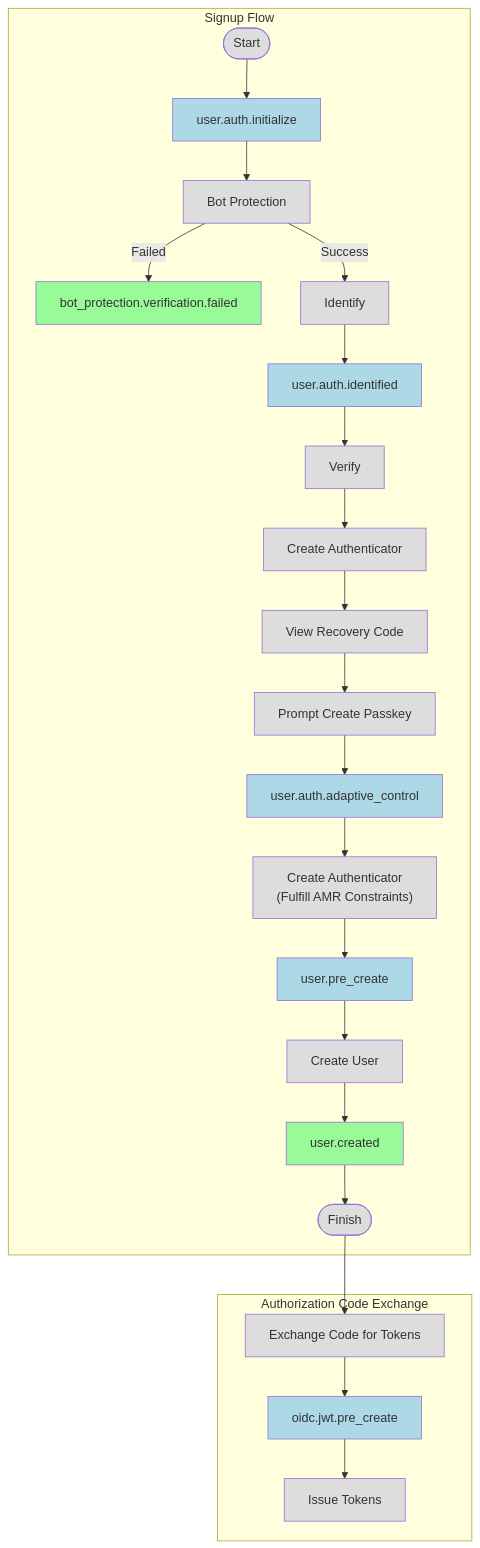
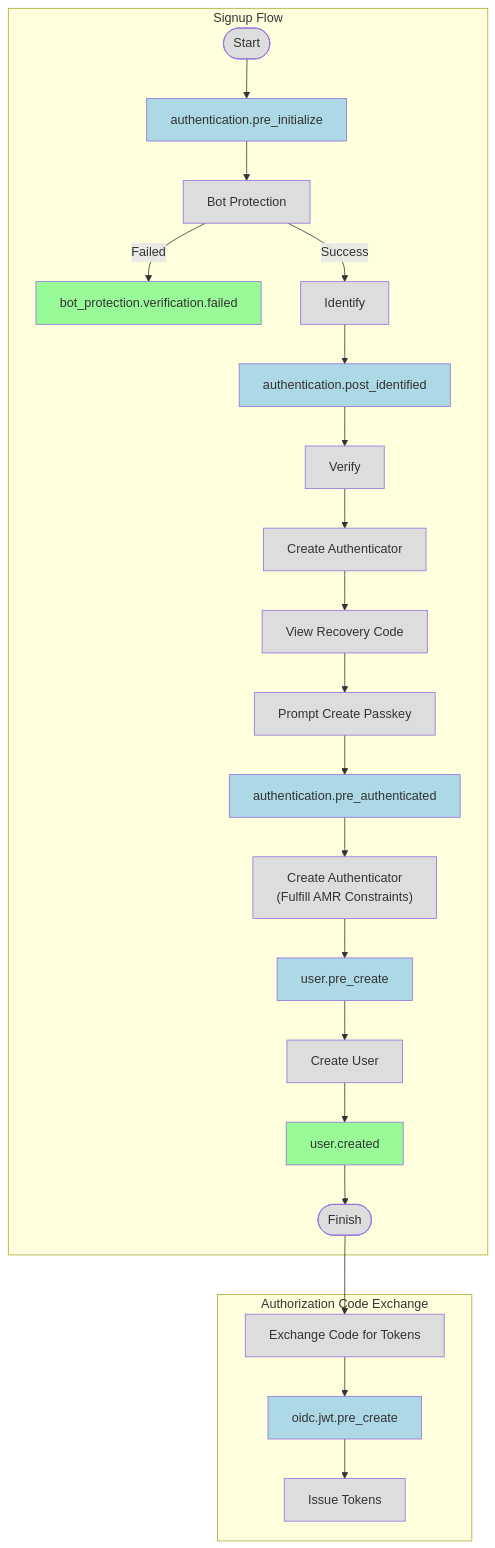
The fourth of 5 diagrams in docs/specs/event.md (authgear/authgear-server), drawn with Mermaid before and after one commit. The commit also changed other lines of this file, not shown here.

Commit message:
Also rename nodes in the event diagram

````diff
--- a/docs/specs/event.md
+++ b/docs/specs/event.md
@@ -960,36 +960,36 @@
 ```mermaid
 flowchart TD
     subgraph "Signup Flow"
         Start([Start])
-        Start --> UserAuthInitialize[user.auth.initialize]
-        UserAuthInitialize --> BotProtection[Bot Protection]
-        BotProtection -- "Failed" --> BotProtectionFailed[bot_protection.verification.failed]
+        Start --> AuthenticationPreInitialize[authentication.pre_initialize]
+        AuthenticationPreInitialize --> BotProtection[Bot Protection]
+        BotProtection -- "Failed" --> BotProtectionVerificationFailed[bot_protection.verification.failed]
         BotProtection -- "Success" --> Identify[Identify]
-        Identify --> UserAuthIdentified[user.auth.identified]
-        UserAuthIdentified --> Verify[Verify]
+        Identify --> AuthenticationPostIdentified[authentication.post_identified]
+        AuthenticationPostIdentified --> Verify[Verify]
         Verify --> CreateAuthenticator[Create Authenticator]
         CreateAuthenticator --> ViewRecoveryCode[View Recovery Code]
         ViewRecoveryCode --> PromptCreatePasskey[Prompt Create Passkey]
-        PromptCreatePasskey --> UserAuthAdaptiveControl[user.auth.adaptive_control]
-        UserAuthAdaptiveControl --> CreateAuthenticatorAdaptive["Create Authenticator<br>(Fulfill AMR Constraints)"]
+        PromptCreatePasskey --> AuthenticationPreAuthenticated[authentication.pre_authenticated]
+        AuthenticationPreAuthenticated --> CreateAuthenticatorAdaptive["Create Authenticator<br>(Fulfill AMR Constraints)"]
         CreateAuthenticatorAdaptive --> UserPreCreate[user.pre_create]
         UserPreCreate --> CreateUser[Create User]
         CreateUser --> UserCreated[user.created]
         UserCreated --> FinishSignup([Finish])
     end
 
     subgraph "Authorization Code Exchange"
         ExchangeCode[Exchange Code for Tokens]
         ExchangeCode --> OIDCJWTPreCreate[oidc.jwt.pre_create]
         OIDCJWTPreCreate --> IssueTokens[Issue Tokens]
     end
 
     FinishSignup --> ExchangeCode
 
     classDef event fill:#98FB98
     classDef blockingEvent fill:#ADD8E6
     classDef processNode fill:#dddddd
-    class BotProtectionFailed,UserCreated event
-    class UserAuthInitialize,UserAuthIdentified,UserAuthAdaptiveControl,UserPreCreate,OIDCJWTPreCreate blockingEvent
+    class BotProtectionVerificationFailed,UserCreated event
+    class AuthenticationPreInitialize,AuthenticationPostIdentified,AuthenticationPreAuthenticated,UserPreCreate,OIDCJWTPreCreate blockingEvent
     class Start,BotProtection,Identify,Verify,CreateAuthenticator,ViewRecoveryCode,PromptCreatePasskey,CreateAuthenticatorAdaptive,CreateUser,FinishSignup,ExchangeCode,IssueTokens processNode
 ```
````
